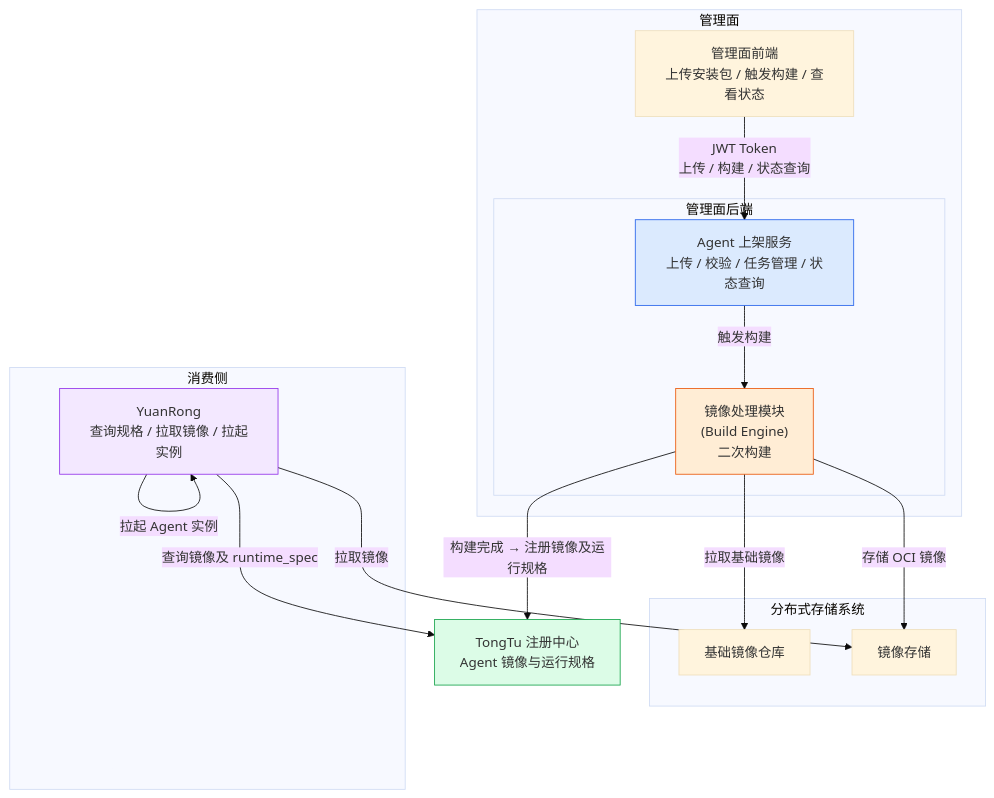
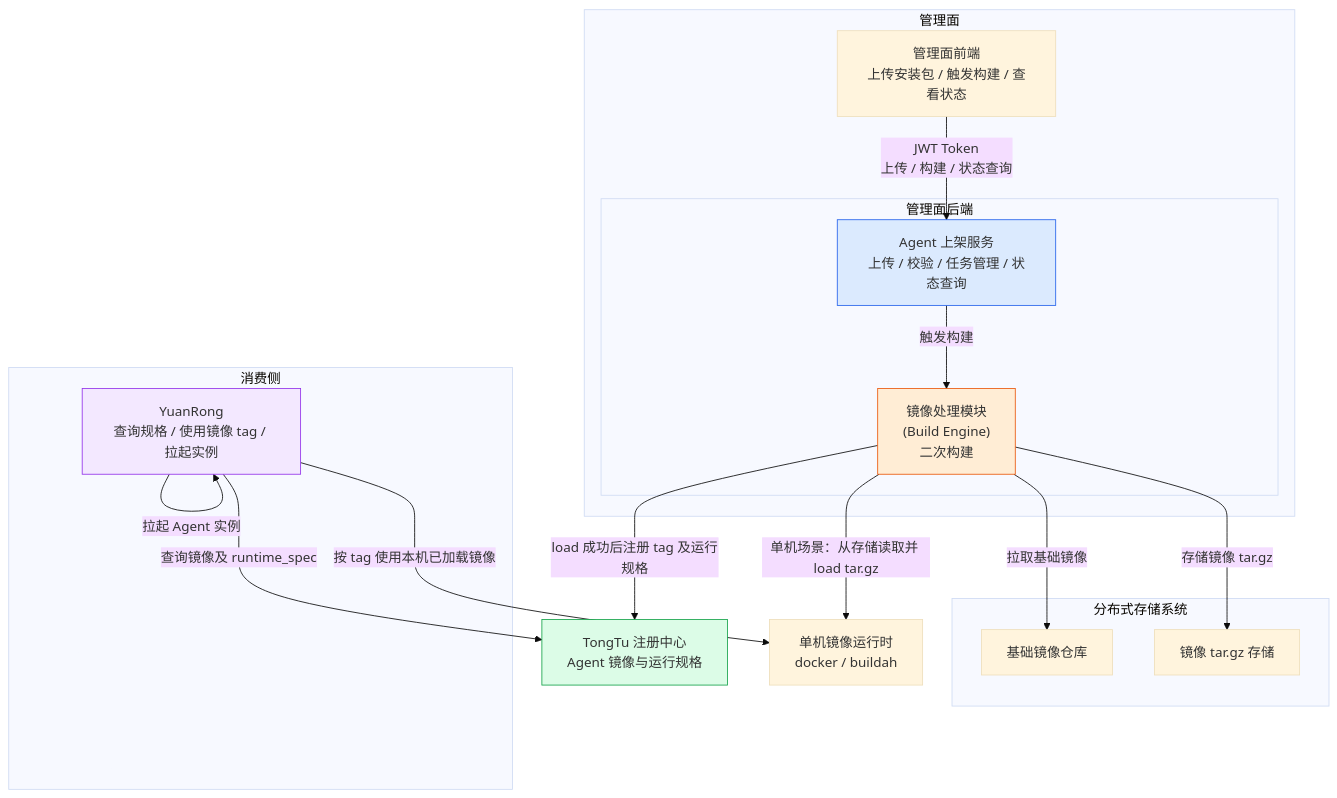
Before and after one commit to csoulnd/InferTechNote: the first of 3 diagrams in codeagent/docs/design/claude-code-offline-install.md, drawn with Mermaid (base theme). The commit also changed other lines of this file, not shown here.

Commit message:
docs: clarify single-node image registration flow

````diff
--- a/codeagent/docs/design/claude-code-offline-install.md
+++ b/codeagent/docs/design/claude-code-offline-install.md
@@ -39,35 +39,37 @@
 ```mermaid
 flowchart TB
     subgraph 管理面
         UI["管理面前端<br/>上传安装包 / 触发构建 / 查看状态"]
         subgraph 管理面后端
             ADMIN["Agent 上架服务<br/>上传 / 校验 / 任务管理 / 状态查询"]
             BE["镜像处理模块<br/>(Build Engine)<br/>二次构建"]
         end
     end
 
     subgraph 分布式存储系统
         BR["基础镜像仓库"]
-        STORE["镜像存储"]
+        STORE["镜像 tar.gz 存储"]
     end
 
     REG["TongTu 注册中心<br/>Agent 镜像与运行规格"]
+    RUNTIME["单机镜像运行时<br/>docker / buildah"]
 
     subgraph 消费侧
-        YUANRONG["YuanRong<br/>查询规格 / 拉取镜像 / 拉起实例"]
+        YUANRONG["YuanRong<br/>查询规格 / 使用镜像 tag / 拉起实例"]
     end
 
     UI -->|"JWT Token<br/>上传 / 构建 / 状态查询"| ADMIN
     ADMIN -->|"触发构建"| BE
     BE -->|"拉取基础镜像"| BR
-    BE -->|"存储 OCI 镜像"| STORE
-    BE -->|"构建完成 → 注册镜像及运行规格"| REG
+    BE -->|"存储镜像 tar.gz"| STORE
+    BE -->|"单机场景：从存储读取并 load tar.gz"| RUNTIME
+    BE -->|"load 成功后注册 tag 及运行规格"| REG
     YUANRONG -->|"查询镜像及 runtime_spec"| REG
-    YUANRONG -->|"拉取镜像"| STORE
+    YUANRONG -->|"按 tag 使用本机已加载镜像"| RUNTIME
     YUANRONG -->|"拉起 Agent 实例"| YUANRONG
 
     style BE fill:#ffedd5,stroke:#ea580c
     style ADMIN fill:#dbeafe,stroke:#2563eb
     style REG fill:#dcfce7,stroke:#16a34a
     style YUANRONG fill:#f3e8ff,stroke:#9333ea
 ```
````
